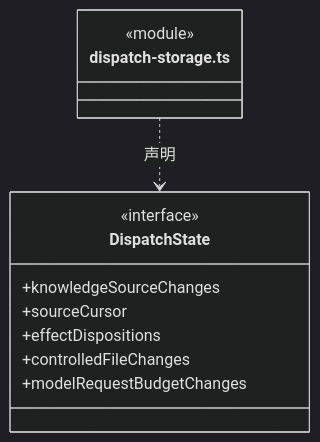
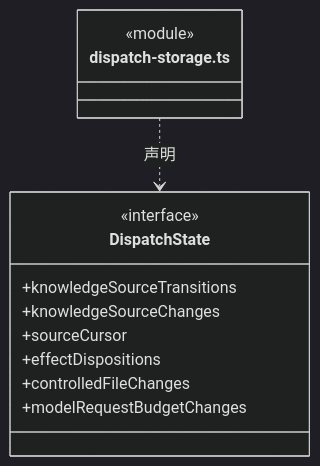
The third of 4 diagrams in src/logic/dispatch/rules/ARCHITECTURE.md (nan023062/cbim), drawn with Mermaid (dark theme) before and after one commit. The commit also changed other lines of this file and 42 other files, not shown here.

````diff
--- a/src/logic/dispatch/rules/ARCHITECTURE.md
+++ b/src/logic/dispatch/rules/ARCHITECTURE.md
@@ -119,15 +119,16 @@
 ```mermaid
 classDiagram
 class N_src_logic_dispatch_rules_dispatch_storage_ts["dispatch-storage.ts"] {
   <<module>>
 }
 class N_src_logic_dispatch_rules_dispatch_storage_ts_DispatchState["DispatchState"] {
   <<interface>>
+  +knowledgeSourceTransitions
   +knowledgeSourceChanges
   +sourceCursor
   +effectDispositions
   +controlledFileChanges
   +modelRequestBudgetChanges
 }
 N_src_logic_dispatch_rules_dispatch_storage_ts ..> N_src_logic_dispatch_rules_dispatch_storage_ts_DispatchState : 声明
 ```
````
